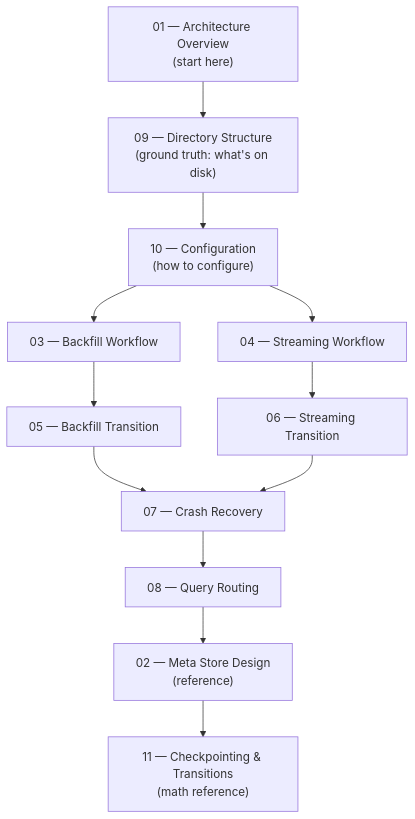
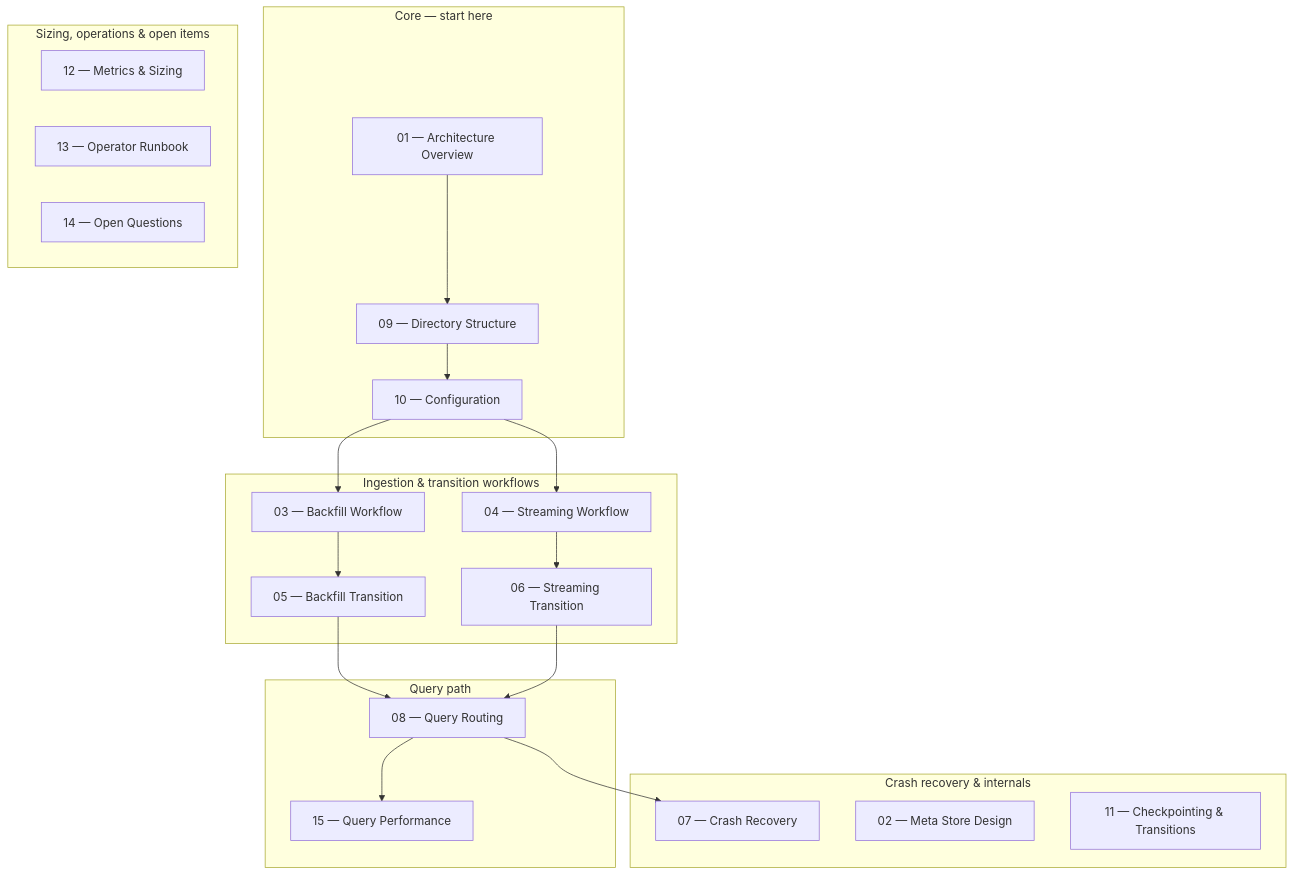
One commit to stellar/stellar-rpc changed the second of 2 diagrams in full-history/design-docs/README.md. Above: the diagram before and after it, drawn with Mermaid. The commit also changed other lines of this file, not shown here.

Commit message:
Update README reading order diagram to cover all 15 docs
Reorganize mermaid flowchart into 5 subgroups matching the arch overview:
core, ingestion workflows, query path, crash recovery/internals, and
sizing/operations/open items. All docs now represented.

````diff
--- a/full-history/design-docs/README.md
+++ b/full-history/design-docs/README.md
@@ -193,13 +195,32 @@
 ```mermaid
 flowchart TD
-    A["01 — Architecture Overview<br/>(start here)"] --> B["09 — Directory Structure<br/>(ground truth: what's on disk)"]
-    B --> C["10 — Configuration<br/>(how to configure)"]
-    C --> D["03 — Backfill Workflow"] & E["04 — Streaming Workflow"]
-    D --> F["05 — Backfill Transition"]
-    E --> G["06 — Streaming Transition"]
-    F --> H["07 — Crash Recovery"]
-    G --> H
-    H --> I["08 — Query Routing"]
-    I --> J["02 — Meta Store Design<br/>(reference)"]
-    J --> K["11 — Checkpointing & Transitions<br/>(math reference)"]
+    subgraph core ["Core — start here"]
+        A["01 — Architecture Overview"] --> B["09 — Directory Structure"]
+        B --> C["10 — Configuration"]
+    end
+
+    subgraph workflows ["Ingestion & transition workflows"]
+        D["03 — Backfill Workflow"] --> F["05 — Backfill Transition"]
+        E["04 — Streaming Workflow"] --> G["06 — Streaming Transition"]
+    end
+
+    subgraph query ["Query path"]
+        I["08 — Query Routing"] --> P["15 — Query Performance"]
+    end
+
+    subgraph recovery ["Crash recovery & internals"]
+        H["07 — Crash Recovery"]
+        J["02 — Meta Store Design"]
+        K["11 — Checkpointing & Transitions"]
+    end
+
+    subgraph ops ["Sizing, operations & open items"]
+        L["12 — Metrics & Sizing"]
+        M["13 — Operator Runbook"]
+        N["14 — Open Questions"]
+    end
+
+    C --> D & E
+    F & G --> I
+    I --> H
 ```
````
